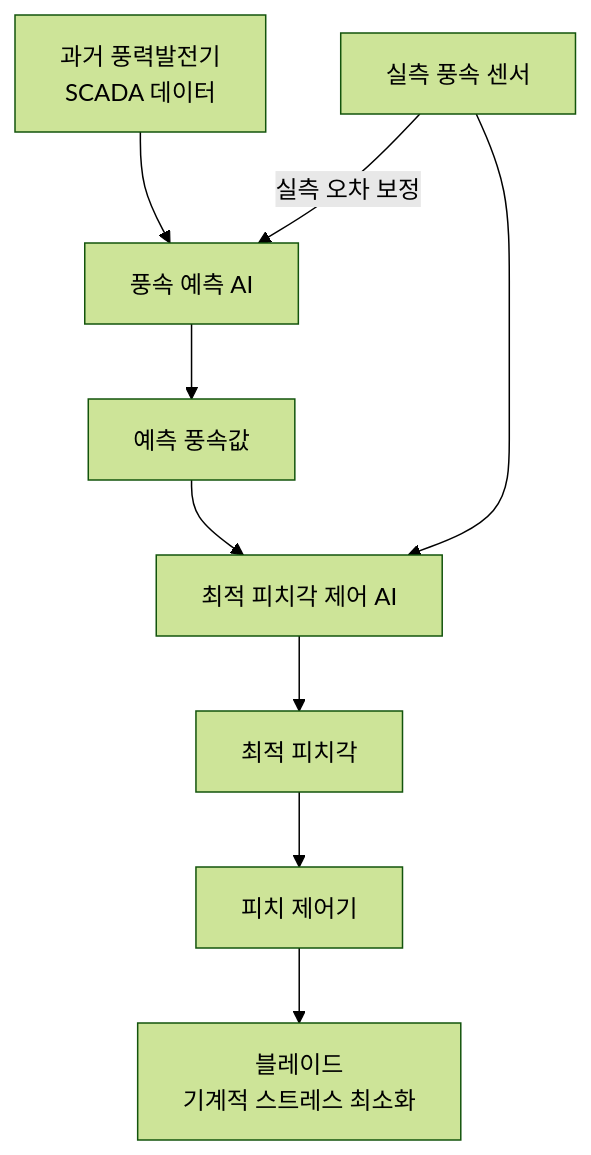
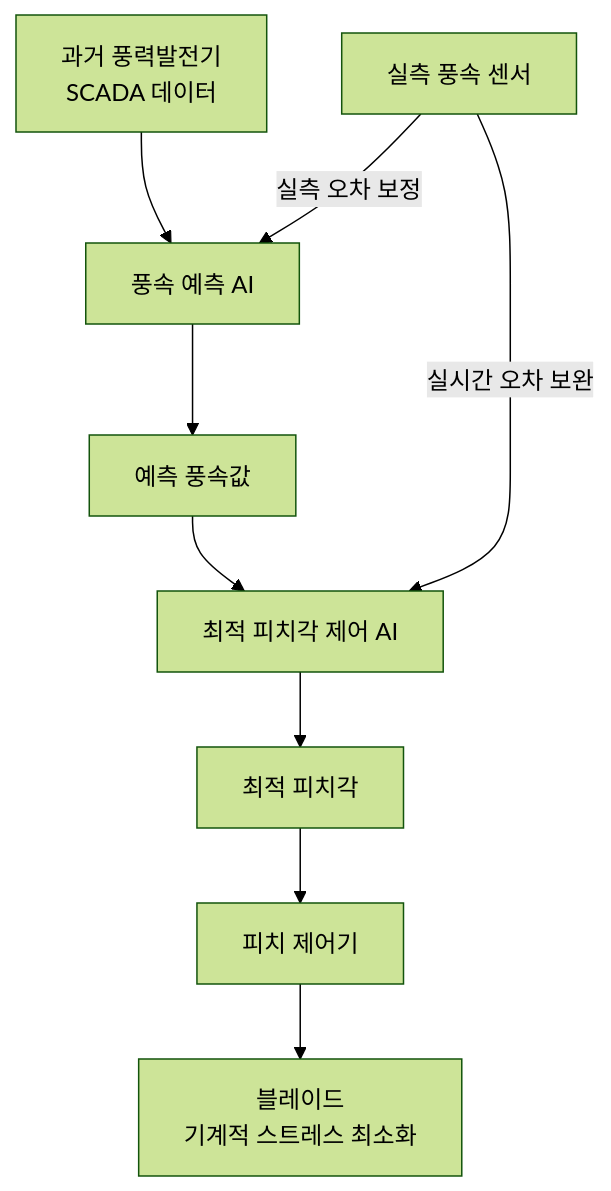
Before and after one commit to seyong628/Capstone-Design: the diagram in README.md, drawn with Mermaid (forest theme).

````diff
--- a/README.md
+++ b/README.md
@@ -5,11 +5,11 @@
 ```mermaid
 flowchart TD
     A[과거 풍력발전기<br/>SCADA 데이터] --> C
     F[실측 풍속 센서] -->|실측 오차 보정| C
-    F -->E
+    F -->|실시간 오차 보완|E
     C[풍속 예측 AI] --> D[예측 풍속값]
     D --> E[최적 피치각 제어 AI]
     E --> G[최적 피치각]
     G --> I[피치 제어기]
     I --> J[블레이드<br/>기계적 스트레스 최소화]
 ```
````
